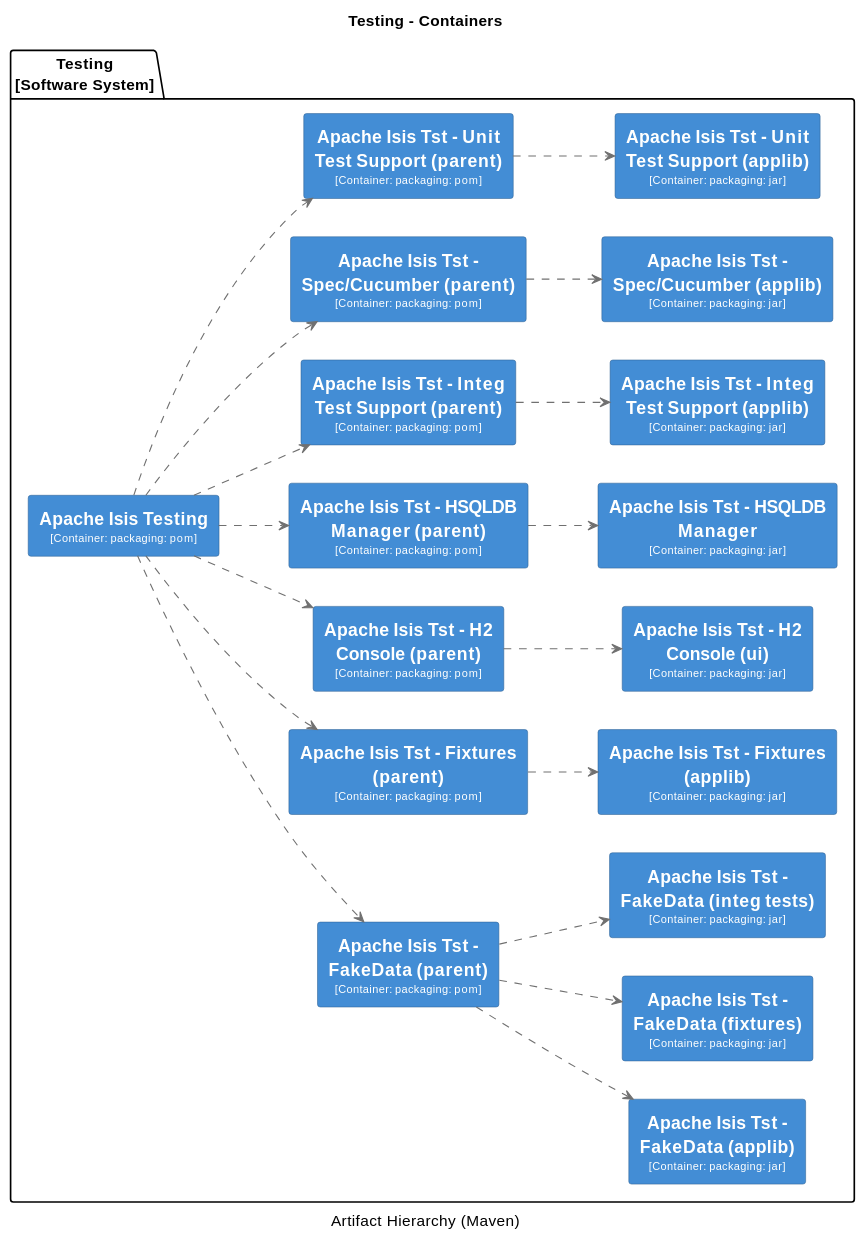
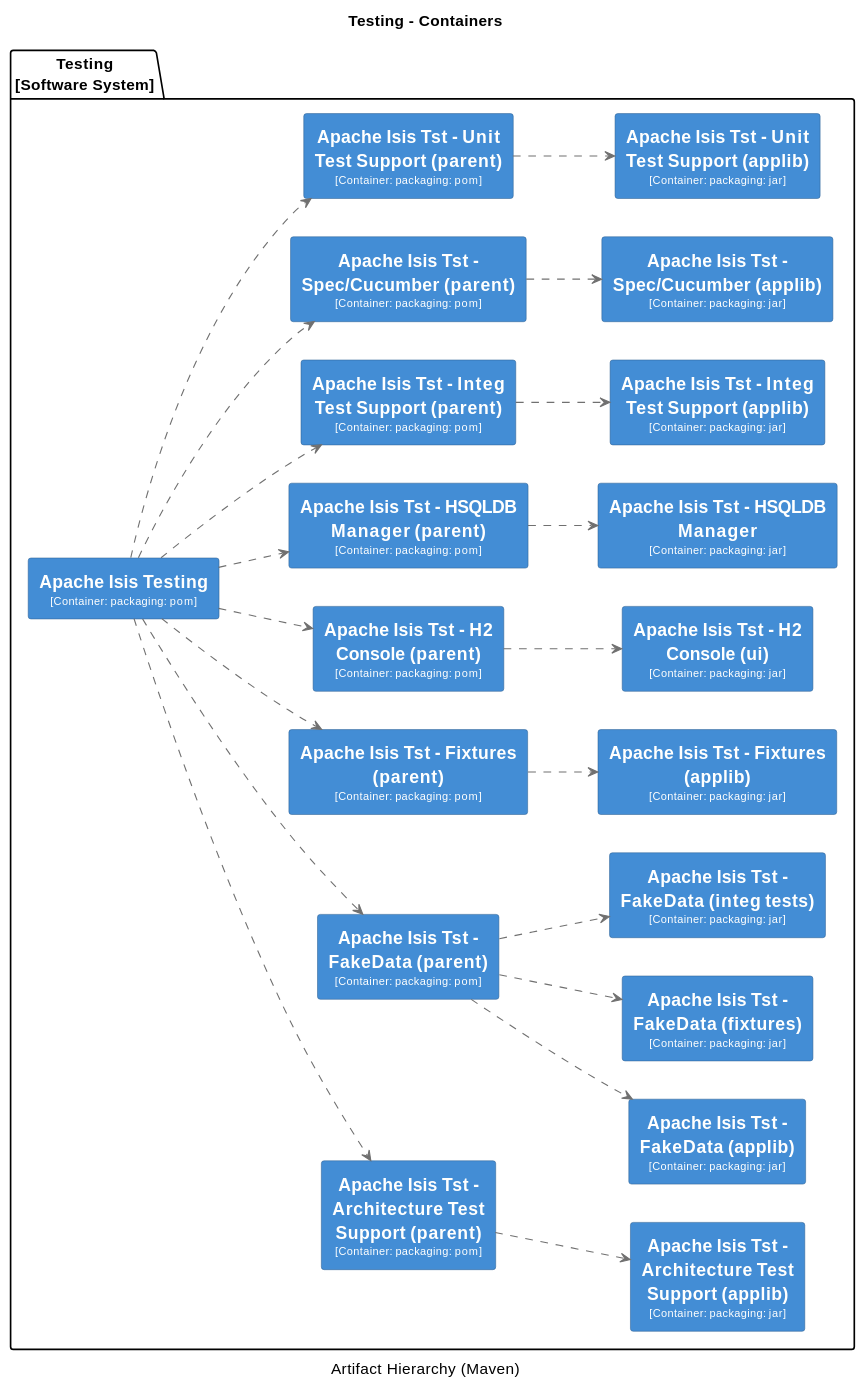
Before and after one commit to apache/causeway: the third of 38 diagrams in core/adoc/modules/_overview/pages/about.adoc, drawn with PlantUML. The commit also changed other lines of this file and 67 other files, not shown here.

```diff
--- a/core/adoc/modules/_overview/pages/about.adoc
+++ b/core/adoc/modules/_overview/pages/about.adoc
@@ -322,6 +342,11 @@
   FontColor #fffffe
   BorderColor #2E6295
 }
+skinparam rectangle<<19>> {
+  BackgroundColor #438dd5
+  FontColor #fffffe
+  BorderColor #2E6295
+}
 skinparam rectangle<<2>> {
   BackgroundColor #438dd5
   FontColor #fffffe
@@ -362,6 +387,11 @@
   FontColor #fffffe
   BorderColor #2E6295
 }
+skinparam rectangle<<20>> {
+  BackgroundColor #438dd5
+  FontColor #fffffe
+  BorderColor #2E6295
+}
 skinparam rectangle<<10>> {
   BackgroundColor #438dd5
   FontColor #fffffe
@@ -369,38 +399,42 @@
 }
 package "Testing\n[Software System]" {
   rectangle "==Apache Isis Testing\n<size:10>[Container: packaging: pom]</size>" <<2>> as 2
-  rectangle "==Apache Isis Tst - FakeData (applib)\n<size:10>[Container: packaging: jar]</size>" <<4>> as 4
-  rectangle "==Apache Isis Tst - FakeData (fixtures)\n<size:10>[Container: packaging: jar]</size>" <<5>> as 5
-  rectangle "==Apache Isis Tst - FakeData (integ tests)\n<size:10>[Container: packaging: jar]</size>" <<6>> as 6
-  rectangle "==Apache Isis Tst - FakeData (parent)\n<size:10>[Container: packaging: pom]</size>" <<3>> as 3
-  rectangle "==Apache Isis Tst - Fixtures (applib)\n<size:10>[Container: packaging: jar]</size>" <<8>> as 8
-  rectangle "==Apache Isis Tst - Fixtures (parent)\n<size:10>[Container: packaging: pom]</size>" <<7>> as 7
-  rectangle "==Apache Isis Tst - H2 Console (parent)\n<size:10>[Container: packaging: pom]</size>" <<9>> as 9
-  rectangle "==Apache Isis Tst - H2 Console (ui)\n<size:10>[Container: packaging: jar]</size>" <<10>> as 10
-  rectangle "==Apache Isis Tst - HSQLDB Manager\n<size:10>[Container: packaging: jar]</size>" <<12>> as 12
-  rectangle "==Apache Isis Tst - HSQLDB Manager (parent)\n<size:10>[Container: packaging: pom]</size>" <<11>> as 11
-  rectangle "==Apache Isis Tst - Integ Test Support (applib)\n<size:10>[Container: packaging: jar]</size>" <<14>> as 14
-  rectangle "==Apache Isis Tst - Integ Test Support (parent)\n<size:10>[Container: packaging: pom]</size>" <<13>> as 13
-  rectangle "==Apache Isis Tst - Spec/Cucumber (applib)\n<size:10>[Container: packaging: jar]</size>" <<16>> as 16
-  rectangle "==Apache Isis Tst - Spec/Cucumber (parent)\n<size:10>[Container: packaging: pom]</size>" <<15>> as 15
-  rectangle "==Apache Isis Tst - Unit Test Support (applib)\n<size:10>[Container: packaging: jar]</size>" <<18>> as 18
-  rectangle "==Apache Isis Tst - Unit Test Support (parent)\n<size:10>[Container: packaging: pom]</size>" <<17>> as 17
+  rectangle "==Apache Isis Tst - Architecture Test Support (applib)\n<size:10>[Container: packaging: jar]</size>" <<4>> as 4
+  rectangle "==Apache Isis Tst - Architecture Test Support (parent)\n<size:10>[Container: packaging: pom]</size>" <<3>> as 3
+  rectangle "==Apache Isis Tst - FakeData (applib)\n<size:10>[Container: packaging: jar]</size>" <<6>> as 6
+  rectangle "==Apache Isis Tst - FakeData (fixtures)\n<size:10>[Container: packaging: jar]</size>" <<7>> as 7
+  rectangle "==Apache Isis Tst - FakeData (integ tests)\n<size:10>[Container: packaging: jar]</size>" <<8>> as 8
+  rectangle "==Apache Isis Tst - FakeData (parent)\n<size:10>[Container: packaging: pom]</size>" <<5>> as 5
+  rectangle "==Apache Isis Tst - Fixtures (applib)\n<size:10>[Container: packaging: jar]</size>" <<10>> as 10
+  rectangle "==Apache Isis Tst - Fixtures (parent)\n<size:10>[Container: packaging: pom]</size>" <<9>> as 9
+  rectangle "==Apache Isis Tst - H2 Console (parent)\n<size:10>[Container: packaging: pom]</size>" <<11>> as 11
+  rectangle "==Apache Isis Tst - H2 Console (ui)\n<size:10>[Container: packaging: jar]</size>" <<12>> as 12
+  rectangle "==Apache Isis Tst - HSQLDB Manager\n<size:10>[Container: packaging: jar]</size>" <<14>> as 14
+  rectangle "==Apache Isis Tst - HSQLDB Manager (parent)\n<size:10>[Container: packaging: pom]</size>" <<13>> as 13
+  rectangle "==Apache Isis Tst - Integ Test Support (applib)\n<size:10>[Container: packaging: jar]</size>" <<16>> as 16
+  rectangle "==Apache Isis Tst - Integ Test Support (parent)\n<size:10>[Container: packaging: pom]</size>" <<15>> as 15
+  rectangle "==Apache Isis Tst - Spec/Cucumber (applib)\n<size:10>[Container: packaging: jar]</size>" <<18>> as 18
+  rectangle "==Apache Isis Tst - Spec/Cucumber (parent)\n<size:10>[Container: packaging: pom]</size>" <<17>> as 17
+  rectangle "==Apache Isis Tst - Unit Test Support (applib)\n<size:10>[Container: packaging: jar]</size>" <<20>> as 20
+  rectangle "==Apache Isis Tst - Unit Test Support (parent)\n<size:10>[Container: packaging: pom]</size>" <<19>> as 19
 }
 2 .[#707070].> 3 : ""
-2 .[#707070].> 7 : ""
+2 .[#707070].> 5 : ""
 2 .[#707070].> 9 : ""
 2 .[#707070].> 11 : ""
 2 .[#707070].> 13 : ""
 2 .[#707070].> 15 : ""
 2 .[#707070].> 17 : ""
+2 .[#707070].> 19 : ""
 3 .[#707070].> 4 : ""
-3 .[#707070].> 5 : ""
-3 .[#707070].> 6 : ""
-7 .[#707070].> 8 : ""
+5 .[#707070].> 6 : ""
+5 .[#707070].> 7 : ""
+5 .[#707070].> 8 : ""
 9 .[#707070].> 10 : ""
 11 .[#707070].> 12 : ""
 13 .[#707070].> 14 : ""
 15 .[#707070].> 16 : ""
 17 .[#707070].> 18 : ""
+19 .[#707070].> 20 : ""
 @enduml
 ----
```
